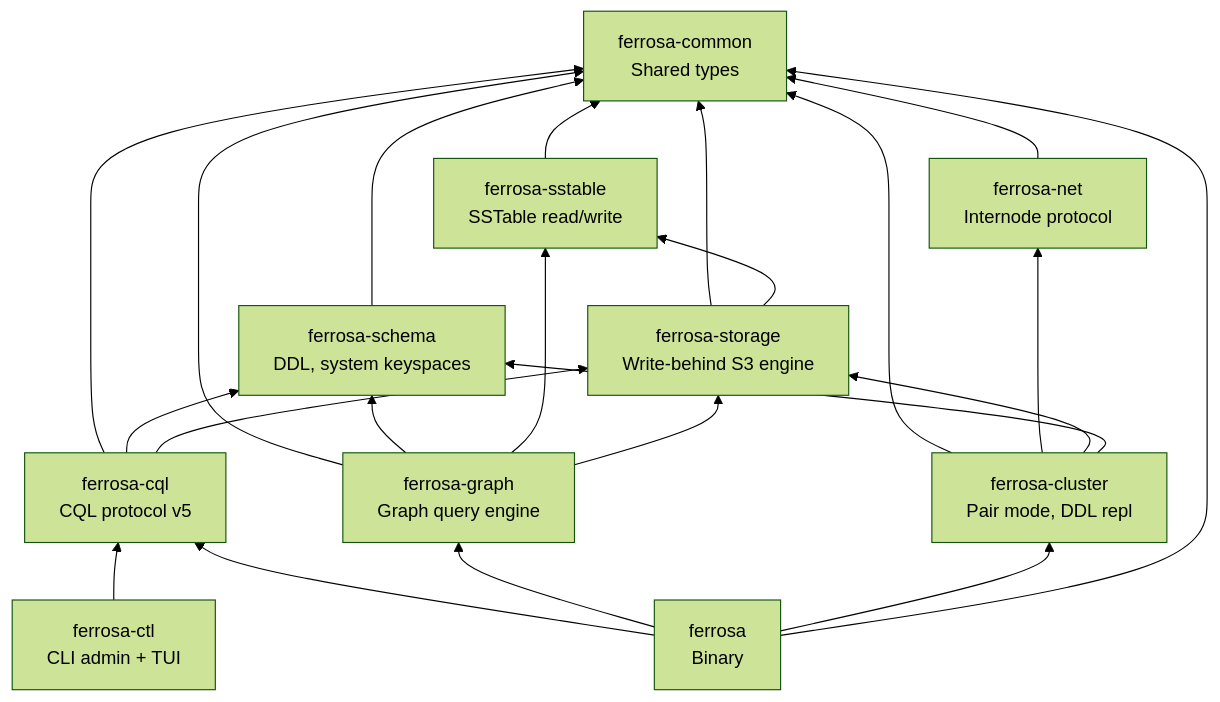
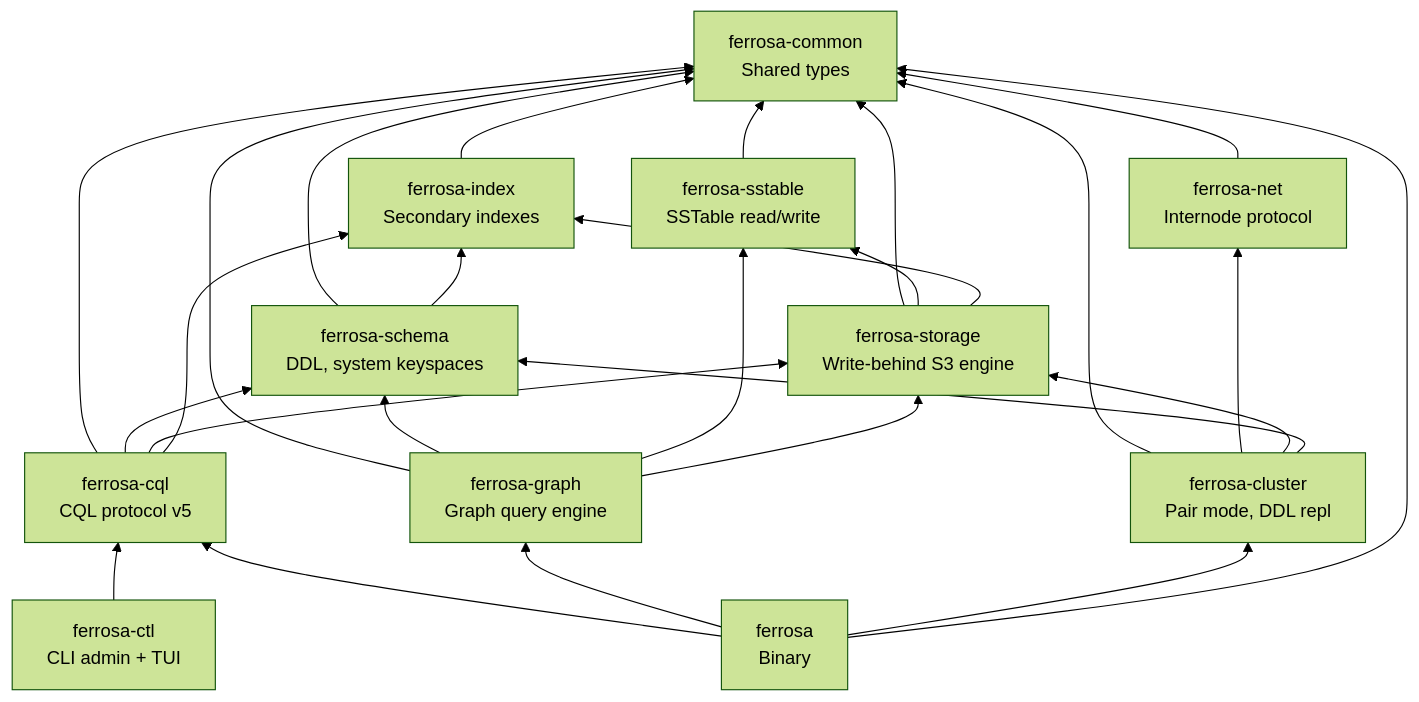
Before and after one commit to ferrosadb/ferrosa: the first of 2 diagrams in specs/components.md, drawn with Mermaid (forest theme). The commit also changed other lines of this file and 5 other files, not shown here.

Commit message:
docs: update specs directory with secondary index, DDL completeness, and production readiness changes

````diff
--- a/specs/components.md
+++ b/specs/components.md
@@ -12,35 +12,40 @@
 ```mermaid
 graph BT
     Common[ferrosa-common<br/>Shared types]
     SST[ferrosa-sstable<br/>SSTable read/write]
+    Index[ferrosa-index<br/>Secondary indexes]
     Net[ferrosa-net<br/>Internode protocol]
     Storage[ferrosa-storage<br/>Write-behind S3 engine]
     Schema[ferrosa-schema<br/>DDL, system keyspaces]
     CQL[ferrosa-cql<br/>CQL protocol v5]
     Graph[ferrosa-graph<br/>Graph query engine]
     Cluster[ferrosa-cluster<br/>Pair mode, DDL repl]
     Ctl[ferrosa-ctl<br/>CLI admin + TUI]
     Bin[ferrosa<br/>Binary]
 
     SST --> Common
+    Index --> Common
     Net --> Common
     Storage --> Common
     Storage --> SST
+    Storage --> Index
     Schema --> Common
+    Schema --> Index
     CQL --> Common
     CQL --> Schema
     CQL --> Storage
+    CQL --> Index
     Graph --> Common
     Graph --> Schema
     Graph --> SST
     Graph --> Storage
     Cluster --> Common
     Cluster --> Net
     Cluster --> Storage
     Cluster --> Schema
     Ctl --> CQL
     Bin --> CQL
     Bin --> Graph
     Bin --> Cluster
     Bin --> Common
 ```
````
